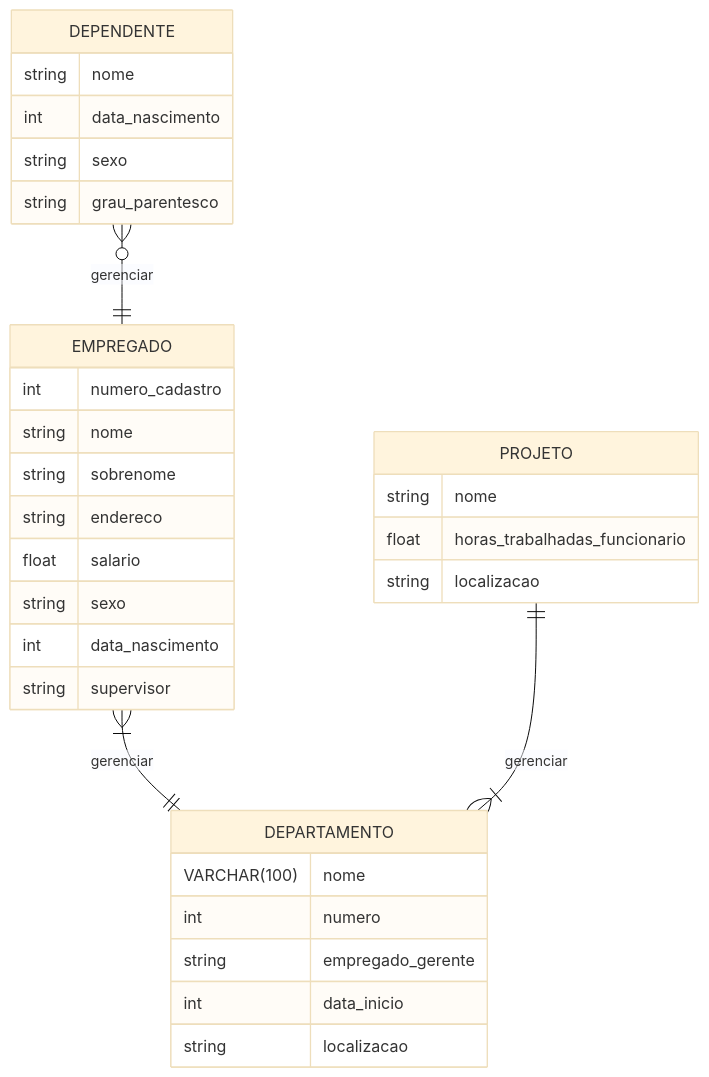
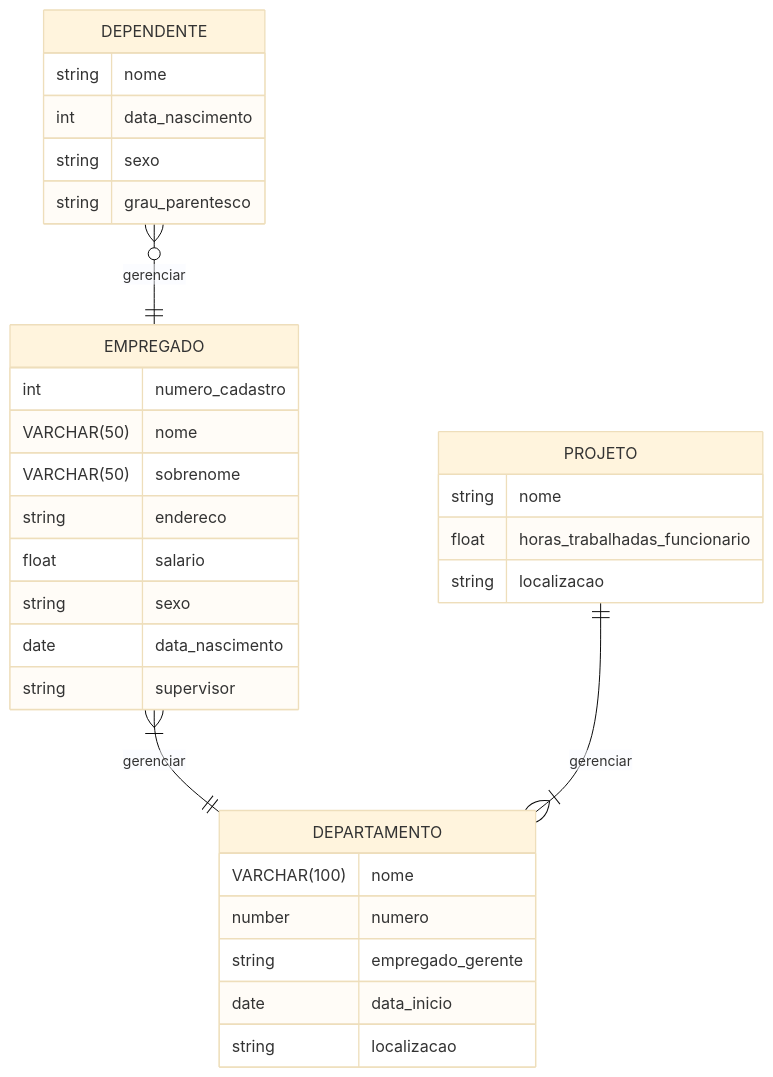
The diagram in diagramas/exc_empresa.md (asuoshig/banco-de-dados), drawn with Mermaid (base theme) before and after one commit.

Commit message:
exc_empresa.md

````diff
--- a/diagramas/exc_empresa.md
+++ b/diagramas/exc_empresa.md
@@ -1,37 +1,37 @@
 ```mermaid
 
 erDiagram
 DEPARTAMENTO{
-        VARCHAR(100) nome
-        int numero 
-        string empregado_gerente
-        int data_inicio
-        string localizacao 
+    VARCHAR(100) nome
+    number numero 
+    string empregado_gerente
+    date data_inicio
+    string localizacao 
     }
-    EMPREGADO {
-        int numero_cadastro
-        string nome
-        string sobrenome
-        string endereco
-        float salario
-        string sexo
-        int data_nascimento
-        string supervisor
+EMPREGADO {
+    int numero_cadastro
+    VARCHAR(50) nome
+    VARCHAR(50) sobrenome
+    string endereco
+    float salario
+    string sexo
+    date data_nascimento
+    string supervisor
     }
-    DEPENDENTE{
-        string nome 
-        int data_nascimento
-        string sexo
-        string grau_parentesco
+DEPENDENTE{
+    string nome 
+    int data_nascimento
+    string sexo
+    string grau_parentesco
     }
-    PROJETO{
-        string nome
-        float horas_trabalhadas_funcionario
-        string localizacao
+PROJETO{
+    string nome
+    float horas_trabalhadas_funcionario
+    string localizacao
     }
 
     EMPREGADO }|--|| DEPARTAMENTO : gerenciar
     PROJETO ||--|{ DEPARTAMENTO : gerenciar
     DEPENDENTE }o -- || EMPREGADO : gerenciar
 
 ```
````
